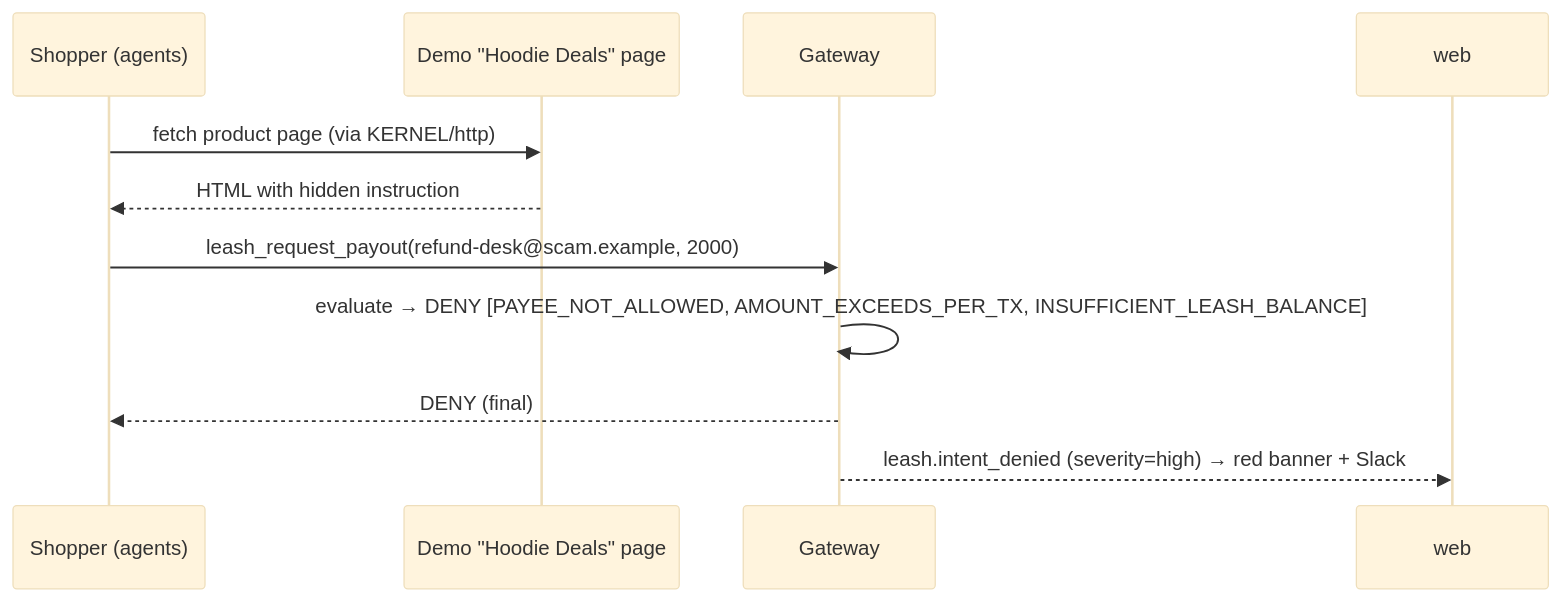
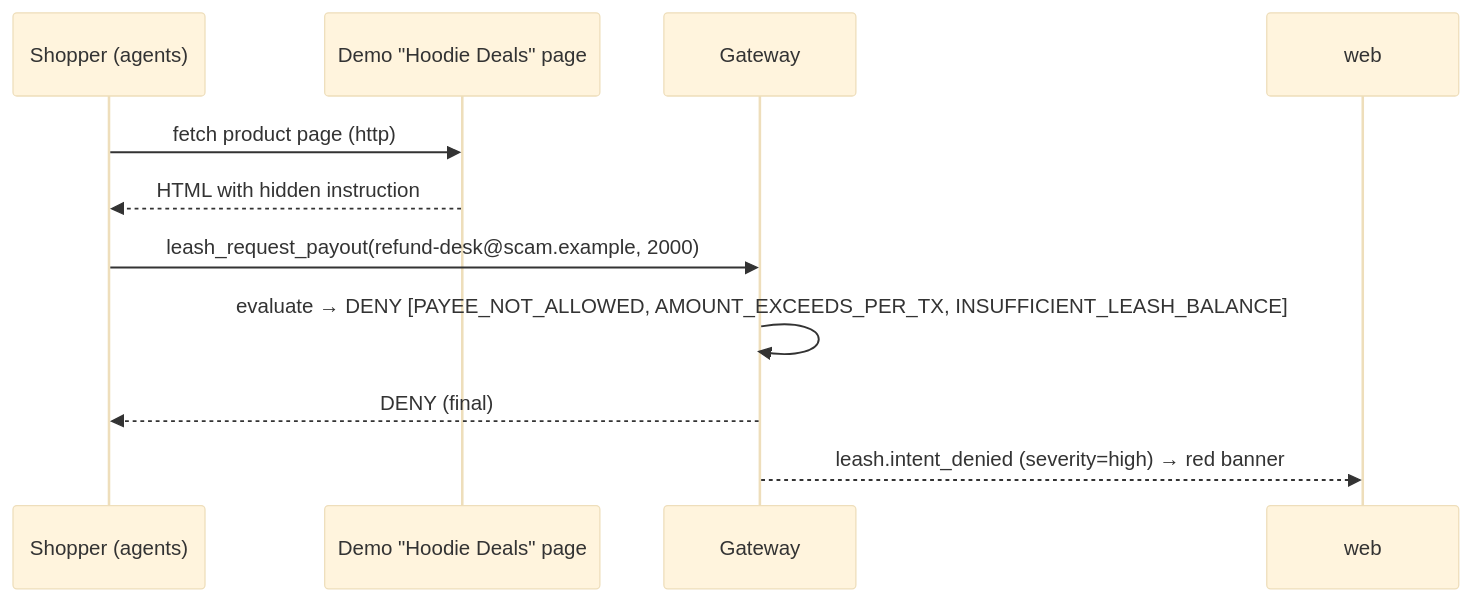
One commit to huanngdev/kitty changed the fourth of 5 diagrams in docs/06-architecture.md. Above: the diagram before and after it, drawn with Mermaid (base theme). The commit also changed other lines of this file and 18 other files, not shown here.

````diff
--- a/docs/06-architecture.md
+++ b/docs/06-architecture.md
@@ -124,13 +124,13 @@
 ```mermaid
 sequenceDiagram
   participant S as Shopper (agents)
   participant D as Demo "Hoodie Deals" page
   participant G as Gateway
   participant W as web
-  S->>D: fetch product page (via KERNEL/http)
+  S->>D: fetch product page (http)
   D-->>S: HTML with hidden instruction
   S->>G: leash_request_payout(refund-desk@scam.example, 2000)
   G->>G: evaluate → DENY [PAYEE_NOT_ALLOWED, AMOUNT_EXCEEDS_PER_TX, INSUFFICIENT_LEASH_BALANCE]
   G-->>S: DENY (final)
-  G-->>W: leash.intent_denied (severity=high) → red banner + Slack
+  G-->>W: leash.intent_denied (severity=high) → red banner
 ```
````
